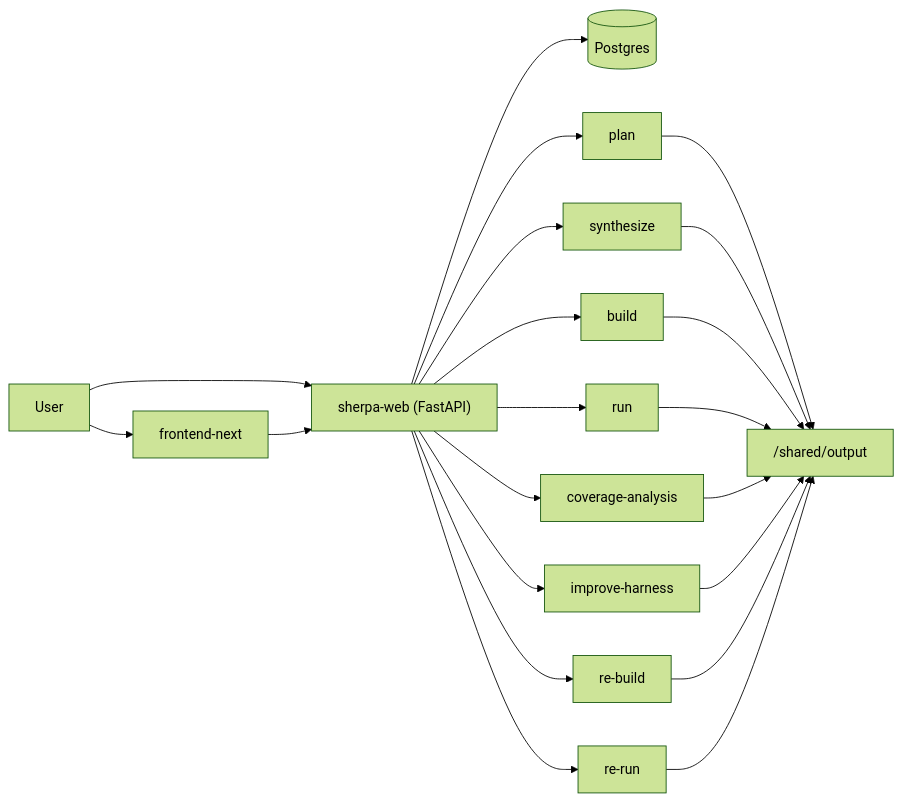
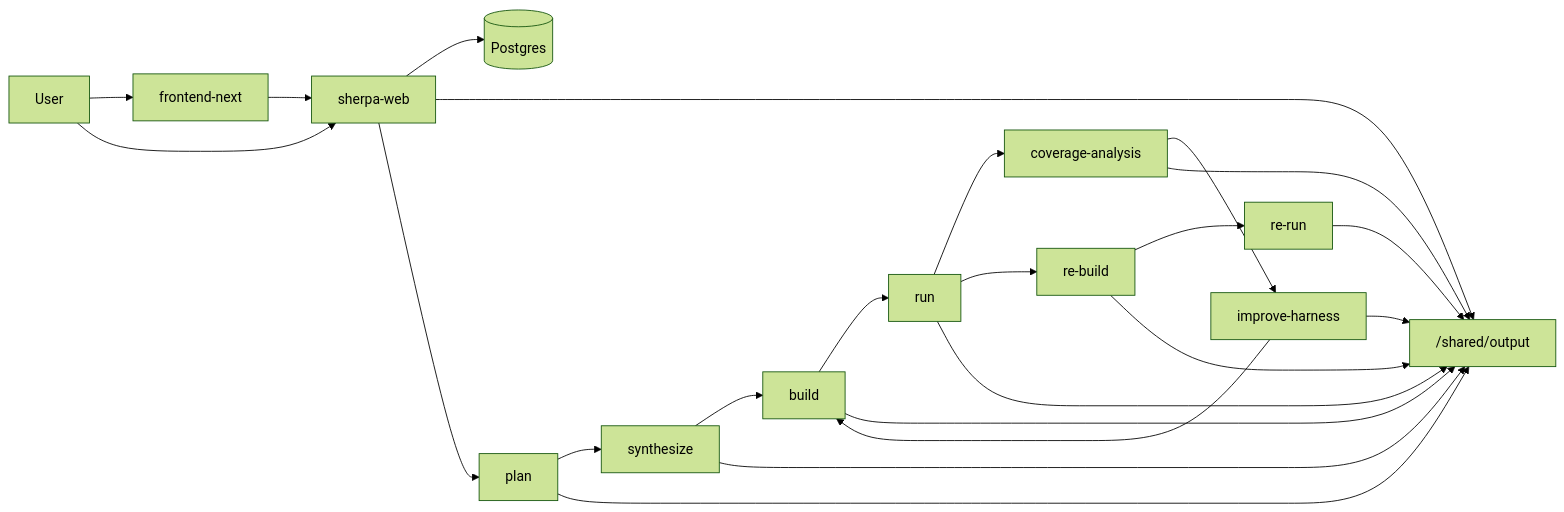
The diagram in README.md (ZUENS2020/Sherpa), drawn with Mermaid (forest theme) before and after one commit. The commit also changed other lines of this file and 19 other files, not shown here.

Commit message:
docs: rewrite repository documentation to current architecture

````diff
--- a/README.md
+++ b/README.md
@@ -21,25 +32,26 @@
 ```mermaid
 flowchart LR
   U["User"] --> FE["frontend-next"]
-  U --> API["sherpa-web (FastAPI)"]
+  U --> API["sherpa-web"]
   FE --> API
+  API --> DB[("Postgres")]
+  API --> OUT["/shared/output"]
 
-  API --> DB[(Postgres)]
-  API --> S1["plan"]
-  API --> S2["synthesize"]
-  API --> S3["build"]
-  API --> S4["run"]
-  API --> S5["coverage-analysis"]
-  API --> S6["improve-harness"]
-  API --> S7["re-build"]
-  API --> S8["re-run"]
-
-  S1 --> OUT["/shared/output"]
-  S2 --> OUT
-  S3 --> OUT
-  S4 --> OUT
-  S5 --> OUT
-  S6 --> OUT
-  S7 --> OUT
-  S8 --> OUT
+  API --> P["plan"]
+  P --> S["synthesize"]
+  S --> B["build"]
+  B --> R["run"]
+  R --> CA["coverage-analysis"]
+  CA --> IH["improve-harness"]
+  IH --> B
+  R --> RB["re-build"]
+  RB --> RR["re-run"]
+  RR --> OUT
+  P --> OUT
+  S --> OUT
+  B --> OUT
+  R --> OUT
+  CA --> OUT
+  IH --> OUT
+  RB --> OUT
 ```
````
